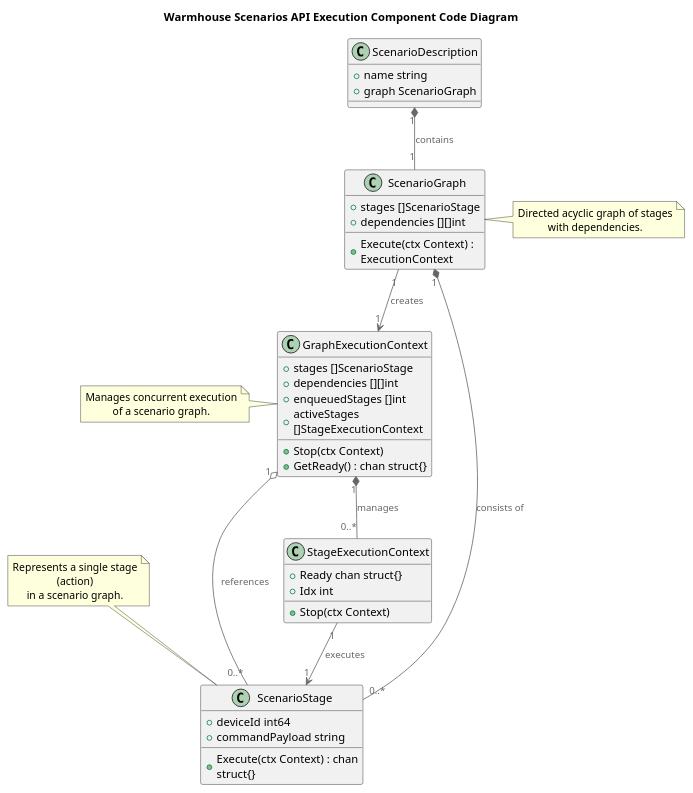
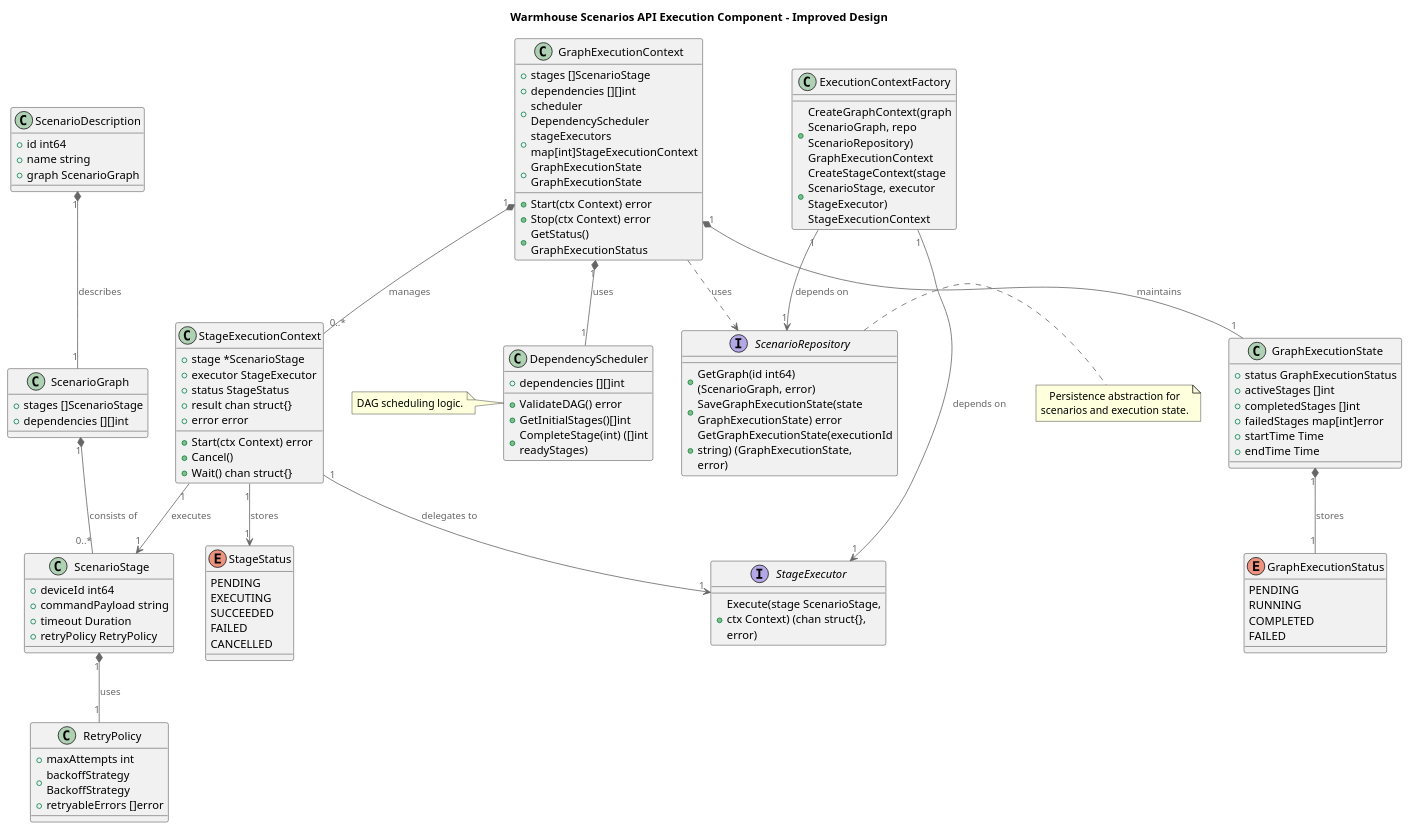
One commit to regu1yar/p1-architecture-warmhouse changed the diagram in diagrams/code/Code.puml. Above: the diagram before and after it, drawn with PlantUML. The commit also changed 1 other file, not shown here.

Commit message:
Improve Code diagram

```diff
--- a/diagrams/code/Code.puml
+++ b/diagrams/code/Code.puml
@@ -1,65 +1,130 @@
 @startuml
-title Warmhouse Scenarios API Execution Component Code Diagram
+title Warmhouse Scenarios API Execution Component - Improved Design
 
 top to bottom direction
 
 !include https://raw.githubusercontent.com/plantuml-stdlib/C4-PlantUML/master/C4_Component.puml
 ' !include ../common/C4_Component.puml
 
+interface ScenarioRepository {
+  +GetGraph(id int64) (ScenarioGraph, error)
+  +SaveGraphExecutionState(state GraphExecutionState) error
+  +GetGraphExecutionState(executionId string) (GraphExecutionState, error)
+}
+
+interface StageExecutor {
+  +Execute(stage ScenarioStage, ctx Context) (chan struct{}, error)
+}
+
 class ScenarioStage {
   +deviceId int64
   +commandPayload string
-  +Execute(ctx Context) : chan struct{}
+  +timeout Duration
+  +retryPolicy RetryPolicy
 }
 
-class StageExecutionContext {
-  +Ready chan struct{}
-  +Stop(ctx Context)
-  +Idx int
+class ScenarioGraph {
+  +stages []ScenarioStage
+  +dependencies [][]int
+}
+
+class ScenarioDescription {
+  +id int64
+  +name string
+  +graph ScenarioGraph
+}
+
+class DependencyScheduler {
+  +dependencies [][]int
+  +ValidateDAG() error
+  +GetInitialStages()[]int
+  +CompleteStage(int) ([]int readyStages)
+}
+
+class ExecutionContextFactory {
+  +CreateGraphContext(graph ScenarioGraph, repo ScenarioRepository) GraphExecutionContext
+  +CreateStageContext(stage ScenarioStage, executor StageExecutor) StageExecutionContext
 }
 
 class GraphExecutionContext {
   +stages []ScenarioStage
   +dependencies [][]int
-  +enqueuedStages []int
-  +activeStages []StageExecutionContext
-  +Stop(ctx Context)
-  +GetReady() : chan struct{}
+  +scheduler DependencyScheduler
+  +stageExecutors map[int]StageExecutionContext
+  +GraphExecutionState GraphExecutionState
+  +Start(ctx Context) error
+  +Stop(ctx Context) error
+  +GetStatus() GraphExecutionStatus
 }
 
-class ScenarioGraph {
-  +stages []ScenarioStage
-  +dependencies [][]int
-  +Execute(ctx Context) : ExecutionContext
+class StageExecutionContext {
+  +stage *ScenarioStage
+  +executor StageExecutor
+  +status StageStatus
+  +result chan struct{}
+  +error error
+  +Start(ctx Context) error
+  +Cancel()
+  +Wait() chan struct{}
 }
 
-class ScenarioDescription {
-  +name string
-  +graph ScenarioGraph
+enum GraphExecutionStatus {
+  PENDING
+  RUNNING
+  COMPLETED
+  FAILED
 }
 
-' Relationships
-ScenarioDescription "1" *-- "1" ScenarioGraph : contains
+enum StageStatus {
+  PENDING
+  EXECUTING
+  SUCCEEDED
+  FAILED
+  CANCELLED
+}
+
+class GraphExecutionState {
+  +status GraphExecutionStatus
+  +activeStages []int
+  +completedStages []int
+  +failedStages map[int]error
+  +startTime Time
+  +endTime Time
+}
+
+class RetryPolicy {
+  +maxAttempts int
+  +backoffStrategy BackoffStrategy
+  +retryableErrors []error
+}
+
+ScenarioDescription "1" *-- "1" ScenarioGraph : describes
 ScenarioGraph "1" *-- "0..*" ScenarioStage : consists of
-ScenarioGraph "1" --> "1" GraphExecutionContext : creates
-GraphExecutionContext "1" o-- "0..*" ScenarioStage : references
+
+ScenarioStage "1" *-- "1" RetryPolicy : uses
+
+GraphExecutionContext "1" *-- "1" DependencyScheduler : uses
+GraphExecutionContext "1" *-- "1" GraphExecutionState : maintains
 GraphExecutionContext "1" *-- "0..*" StageExecutionContext : manages
+
+GraphExecutionState "1" *-- "1" GraphExecutionStatus : stores 
+
 StageExecutionContext "1" --> "1" ScenarioStage : executes
+StageExecutionContext "1" --> "1" StageExecutor : delegates to
+StageExecutionContext "1" --> "1" StageStatus : stores
 
-' Notes
-note top of ScenarioStage
-  Represents a single stage (action)
-  in a scenario graph.
+ExecutionContextFactory "1" --> "1" ScenarioRepository : depends on
+ExecutionContextFactory "1" --> "1" StageExecutor : depends on
+
+GraphExecutionContext ..> ScenarioRepository : uses
+
+note right of ScenarioRepository
+  Persistence abstraction for
+  scenarios and execution state.
 end note
 
-note right of ScenarioGraph
-  Directed acyclic graph of stages
-  with dependencies.
-end note
-
-note left of GraphExecutionContext
-  Manages concurrent execution
-  of a scenario graph.
+note left of DependencyScheduler
+  DAG scheduling logic.
 end note
 
 @enduml
```
